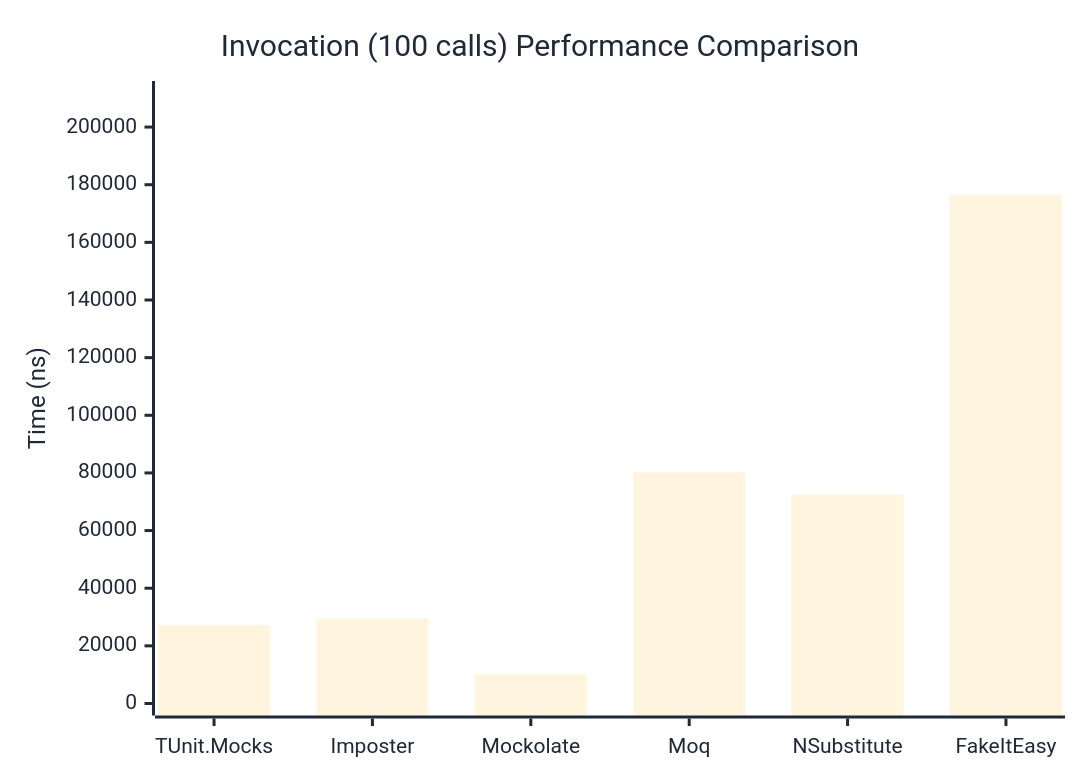
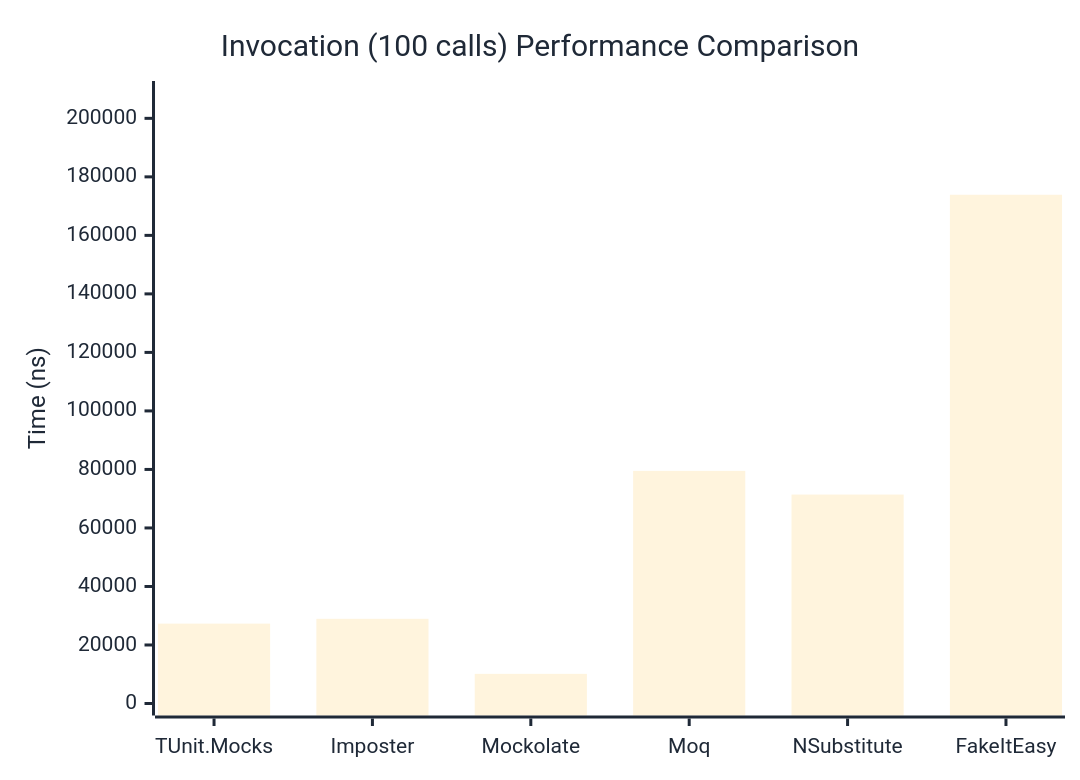
The third of 3 diagrams in docs/docs/benchmarks/mocks/Invocation.md (thomhurst/TUnit), drawn with Mermaid before and after one commit. The commit also changed other lines of this file and 14 other files, not shown here.

````diff
--- a/docs/docs/benchmarks/mocks/Invocation.md
+++ b/docs/docs/benchmarks/mocks/Invocation.md
@@ -112,27 +112,27 @@
 ```mermaid
 %%{init: {
   'theme':'base',
   'themeVariables': {
     'primaryColor': '#2563eb',
     'primaryTextColor': '#1f2937',
     'primaryBorderColor': '#1e40af',
     'lineColor': '#6b7280',
     'secondaryColor': '#7c3aed',
     'tertiaryColor': '#dc2626',
     'background': '#ffffff',
     'pie1': '#2563eb',
     'pie2': '#7c3aed',
     'pie3': '#dc2626',
     'pie4': '#f59e0b',
     'pie5': '#10b981',
     'pie6': '#06b6d4',
     'pie7': '#ec4899',
     'pie8': '#6366f1'
   }
 }}%%
 xychart-beta
   title "Invocation (100 calls) Performance Comparison"
   x-axis ["TUnit.Mocks", "Imposter", "Mockolate", "Moq", "NSubstitute", "FakeItEasy"]
-  y-axis "Time (ns)" 0 --> 211822
-  bar [27216.4, 29442.91, 10167.98, 80217.12, 72503.62, 176517.53]
+  y-axis "Time (ns)" 0 --> 208662
+  bar [27305.3, 28938.2, 10132, 79508, 71413.4, 173884.7]
 ```
````
